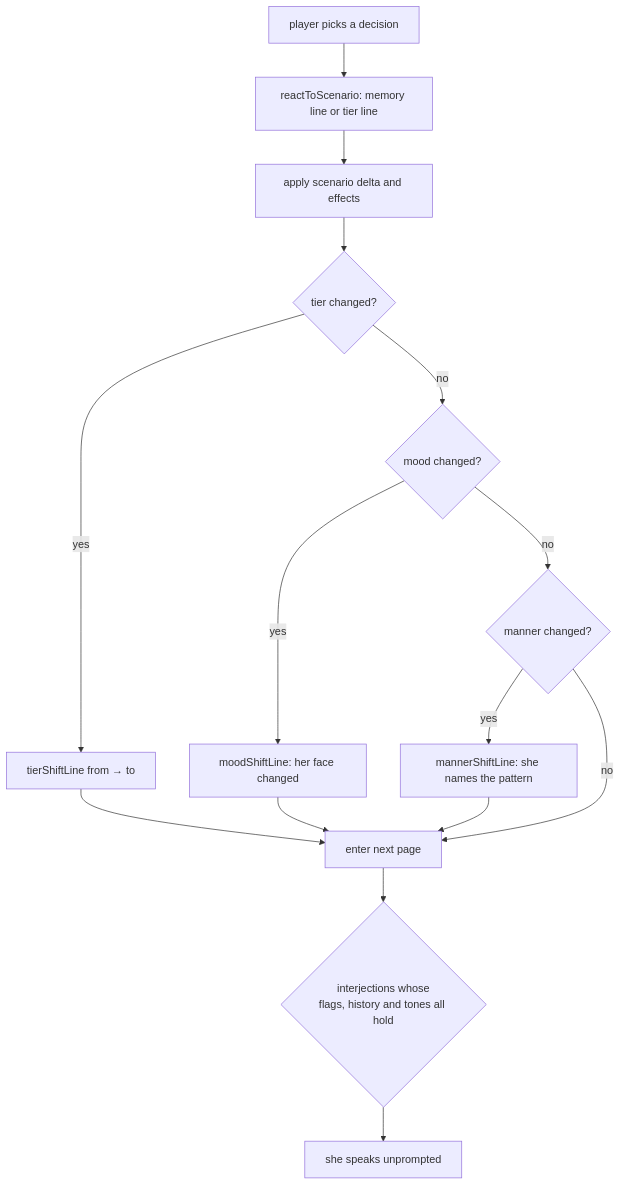
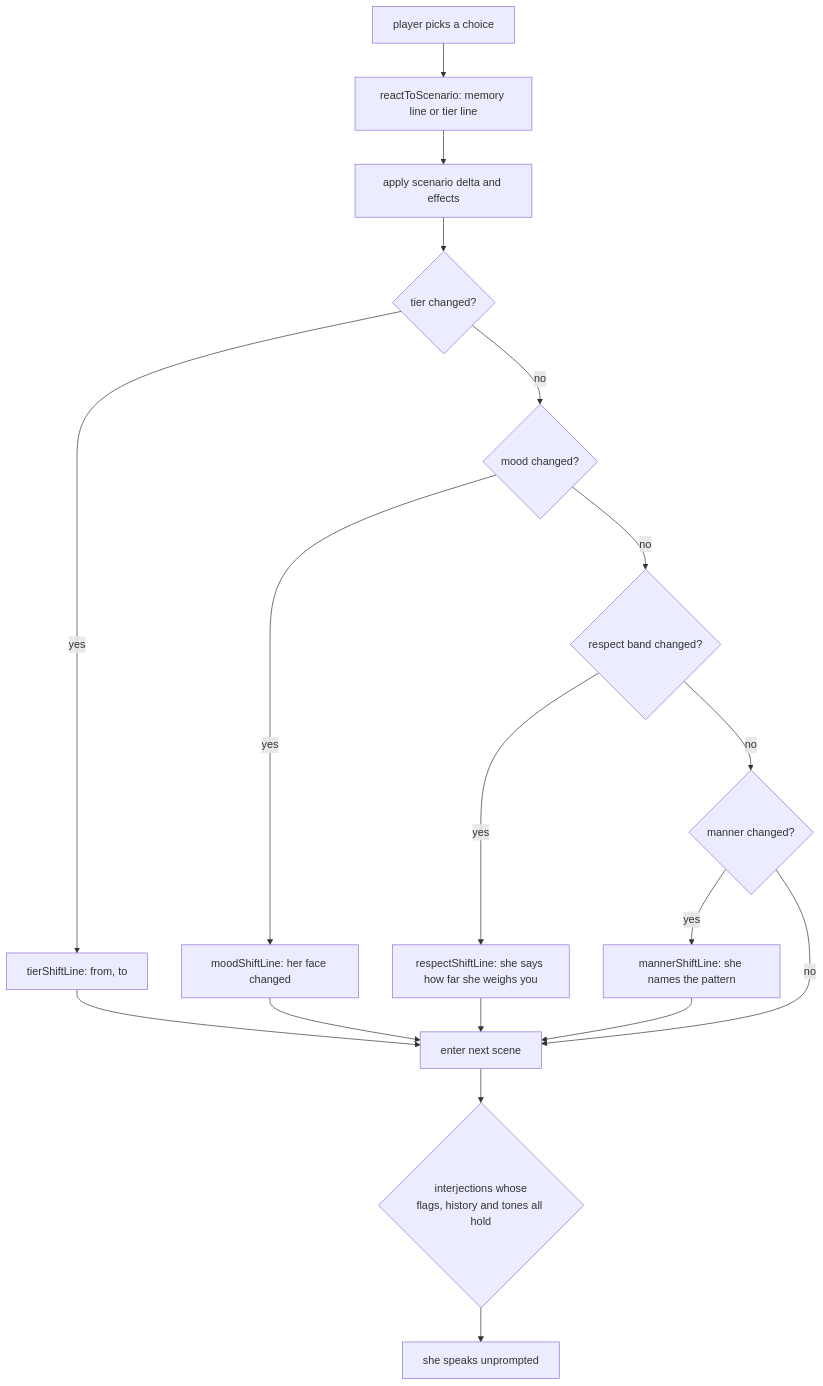
Before and after one commit to jgyy/nextxian: the tenth of 15 diagrams in docs/ARCHITECTURE.md, drawn with Mermaid. The commit also changed other lines of this file and 68 other files, not shown here.

````diff
--- a/docs/ARCHITECTURE.md
+++ b/docs/ARCHITECTURE.md
@@ -150,17 +200,20 @@
 ```mermaid
 flowchart TD
-  P[player picks a decision] --> R[reactToScenario: memory line or tier line]
+  P[player picks a choice] --> R[reactToScenario: memory line or tier line]
   R --> D[apply scenario delta and effects]
   D --> T{tier changed?}
-  T -- yes --> TL[tierShiftLine from → to]
+  T -- yes --> TL[tierShiftLine: from, to]
   T -- no --> M{mood changed?}
   M -- yes --> ML[moodShiftLine: her face changed]
-  M -- no --> K{manner changed?}
+  M -- no --> RS{respect band changed?}
+  RS -- yes --> RL[respectShiftLine: she says how far she weighs you]
+  RS -- no --> K{manner changed?}
   K -- yes --> KL[mannerShiftLine: she names the pattern]
-  K -- no --> E[enter next page]
+  K -- no --> E[enter next scene]
   TL --> E
   ML --> E
+  RL --> E
   KL --> E
   E --> I{interjections whose<br/>flags, history and tones all hold}
   I --> SAY[she speaks unprompted]
 ```
````
